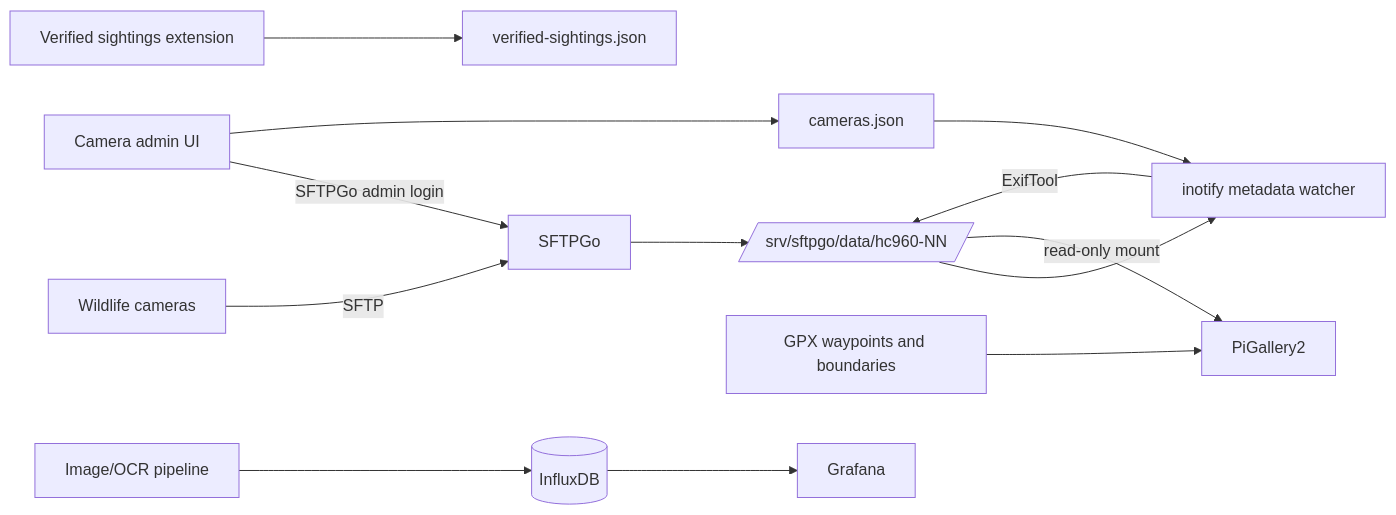
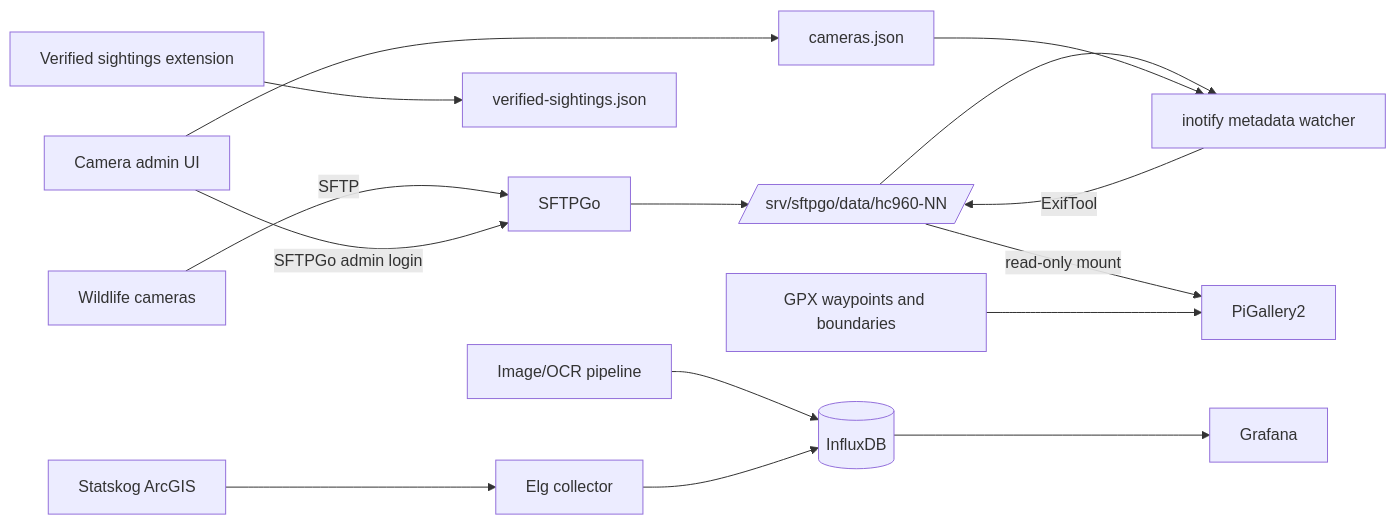
The diagram in README.md (G33kM0bile/wildlife-camera-gallery-stack), drawn with Mermaid before and after one commit. The commit also changed other lines of this file and 23 other files, not shown here.

Commit message:
Add Statskog moose harvest collector

````diff
--- a/README.md
+++ b/README.md
@@ -34,15 +36,17 @@
 ```mermaid
 flowchart LR
   C[Wildlife cameras] -->|SFTP| S[SFTPGo]
   S --> P[/srv/sftpgo/data/hc960-NN/]
   P --> W[inotify metadata watcher]
   W -->|ExifTool| P
   P -->|read-only mount| G[PiGallery2]
   A[Camera admin UI] -->|SFTPGo admin login| S
   A --> J[cameras.json]
   J --> W
   X[Verified sightings extension] --> V[verified-sightings.json]
   F[GPX waypoints and boundaries] --> G
   I[Image/OCR pipeline] --> D[(InfluxDB)]
+  E[Statskog ArcGIS] --> K[Elg collector]
+  K --> D
   D --> R[Grafana]
 ```
````
